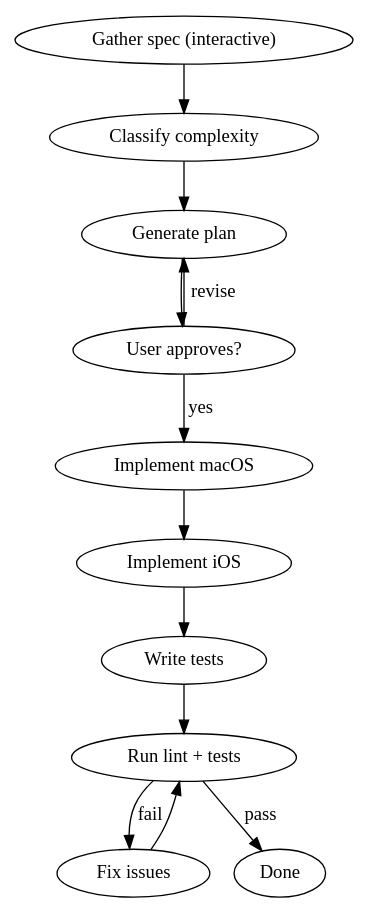
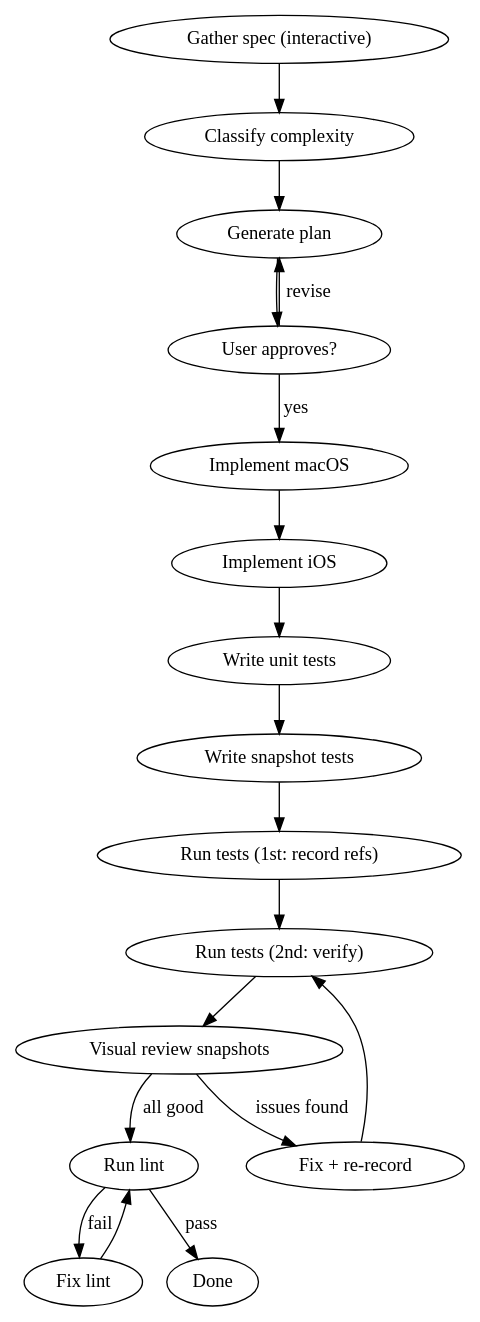
The diagram in .claude/skills/create-component/SKILL.md (s-emp/EmpDesignSystem), drawn with Graphviz before and after one commit. The commit also changed other lines of this file and 61 other files, not shown here.

````diff
--- a/.claude/skills/create-component/SKILL.md
+++ b/.claude/skills/create-component/SKILL.md
@@ -14,15 +14,21 @@
 ```dot
 digraph create_component {
     "Gather spec (interactive)" -> "Classify complexity";
     "Classify complexity" -> "Generate plan";
     "Generate plan" -> "User approves?";
     "User approves?" -> "Generate plan" [label="revise"];
     "User approves?" -> "Implement macOS" [label="yes"];
     "Implement macOS" -> "Implement iOS";
-    "Implement iOS" -> "Write tests";
-    "Write tests" -> "Run lint + tests";
-    "Run lint + tests" -> "Fix issues" [label="fail"];
-    "Fix issues" -> "Run lint + tests";
-    "Run lint + tests" -> "Done" [label="pass"];
+    "Implement iOS" -> "Write unit tests";
+    "Write unit tests" -> "Write snapshot tests";
+    "Write snapshot tests" -> "Run tests (1st: record refs)";
+    "Run tests (1st: record refs)" -> "Run tests (2nd: verify)";
+    "Run tests (2nd: verify)" -> "Visual review snapshots";
+    "Visual review snapshots" -> "Fix + re-record" [label="issues found"];
+    "Fix + re-record" -> "Run tests (2nd: verify)";
+    "Visual review snapshots" -> "Run lint" [label="all good"];
+    "Run lint" -> "Fix lint" [label="fail"];
+    "Fix lint" -> "Run lint";
+    "Run lint" -> "Done" [label="pass"];
 }
 ```
````
